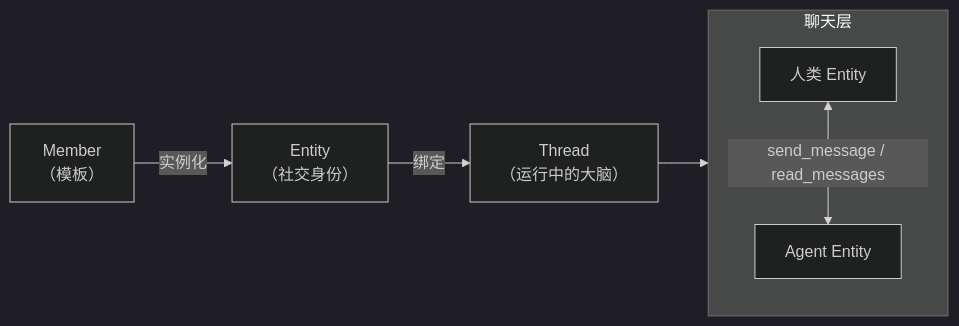
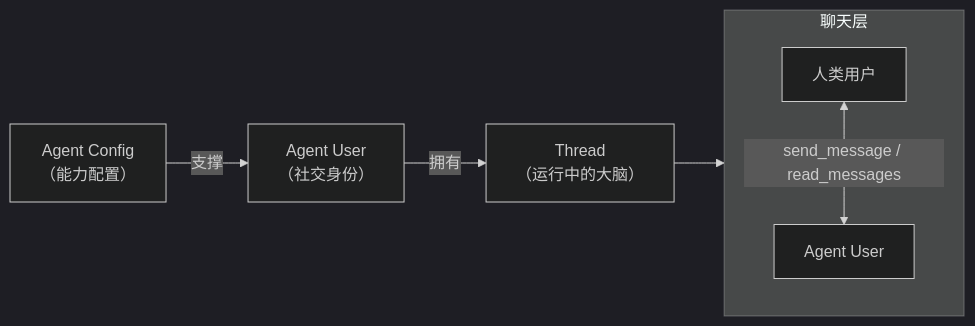
The first of 2 diagrams in docs/zh/multi-agent-chat.mdx (OpenDCAI/Mycel), drawn with Mermaid (dark theme) before and after one commit. The commit also changed other lines of this file and 15 other files, not shown here.

````diff
--- a/docs/zh/multi-agent-chat.mdx
+++ b/docs/zh/multi-agent-chat.mdx
@@ -13,14 +13,14 @@
 ```mermaid
 flowchart LR
-    M["Member\n（模板）"] -->|实例化| E["Entity\n（社交身份）"]
-    E -->|绑定| T["Thread\n（运行中的大脑）"]
+    C["Agent Config\n（能力配置）"] -->|支撑| U["Agent User\n（社交身份）"]
+    U -->|拥有| T["Thread\n（运行中的大脑）"]
 
     subgraph Chat["聊天层"]
         direction TB
-        HE["人类 Entity"]
-        AE["Agent Entity"]
-        HE <-->|"send_message / read_messages"| AE
+        H["人类用户"]
+        A["Agent User"]
+        H <-->|"send_message / read_messages"| A
     end
 
     T --> Chat
 ```
````
